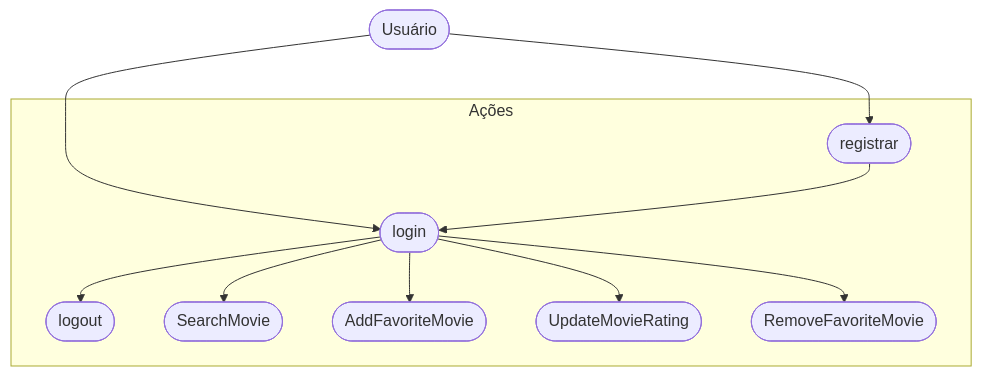
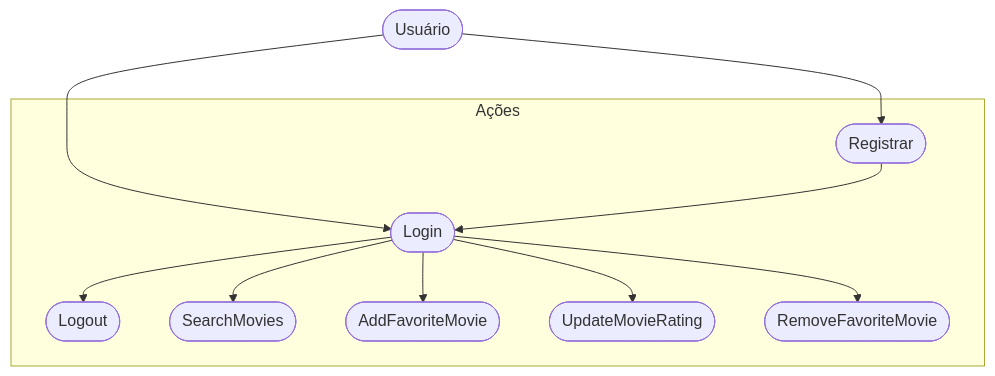
The second of 3 diagrams in FireBase/cine_favorite/README.md (Kaua1102bit/CursoMobileSesiTB), drawn with Mermaid before and after one commit. The commit also changed other lines of this file, not shown here.

````diff
--- a/FireBase/cine_favorite/README.md
+++ b/FireBase/cine_favorite/README.md
@@ -74,26 +74,25 @@
 ```mermaid
-
 graph TD
     subgraph "Ações"
-    ac1([registrar])
-    ac2([login])
-    ac3([logout])
-    ac4([SearchMovie])
-    ac5([AddFavoriteMovie])
-    ac6([UpdateMovieRating])
-    ac7([RemoveFavoriteMovie])
-end
+        ac1([Registrar])
+        ac2([Login])
+        ac3([Logout])
+        ac4([SearchMovies])
+        ac5([AddFavoriteMovie])
+        ac6([UpdateMovieRating])
+        ac7([RemoveFavoriteMovie])
+    end
 
-user([Usuário])
+    user([Usuário])
 
-user --> ac1
-user --> ac2
+    user --> ac1
+    user --> ac2
 
-ac1 --> ac2
-ac2 --> ac3
-ac2 --> ac4
-ac2 --> ac5
-ac2 --> ac6
-ac2 --> ac7
+    ac1 --> ac2
+    ac2 --> ac3
+    ac2 --> ac4
+    ac2 --> ac5
+    ac2 --> ac6
+    ac2 --> ac7
 
 ```
````
